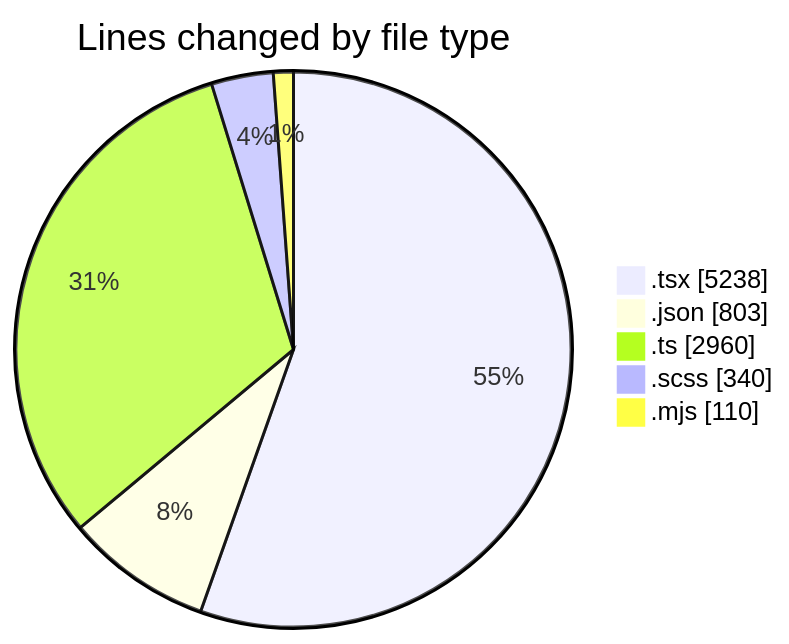
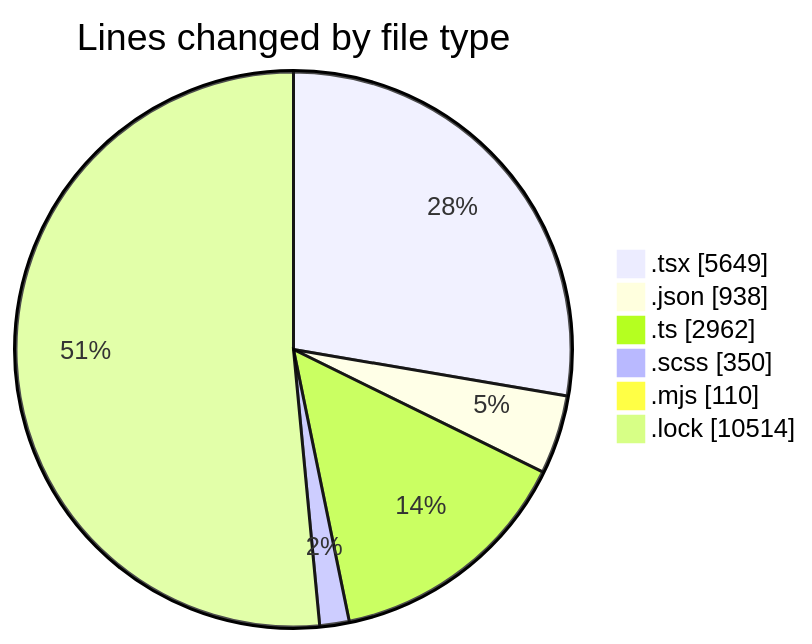
Before and after one commit to momahboobian/code-tracking: the first of 2 diagrams in 2026-05-12/cda/README.md, drawn with Mermaid. The commit also changed other lines of this file and 1 other file, not shown here.

````diff
--- a/2026-05-12/cda/README.md
+++ b/2026-05-12/cda/README.md
@@ -39,9 +43,10 @@
 ```mermaid
 pie showData
 title Lines changed by file type
-".tsx" : 5238
-".json" : 803
-".ts" : 2960
-".scss" : 340
+".tsx" : 5649
+".json" : 938
+".ts" : 2962
+".scss" : 350
 ".mjs" : 110
+".lock" : 10514
 ```
````
